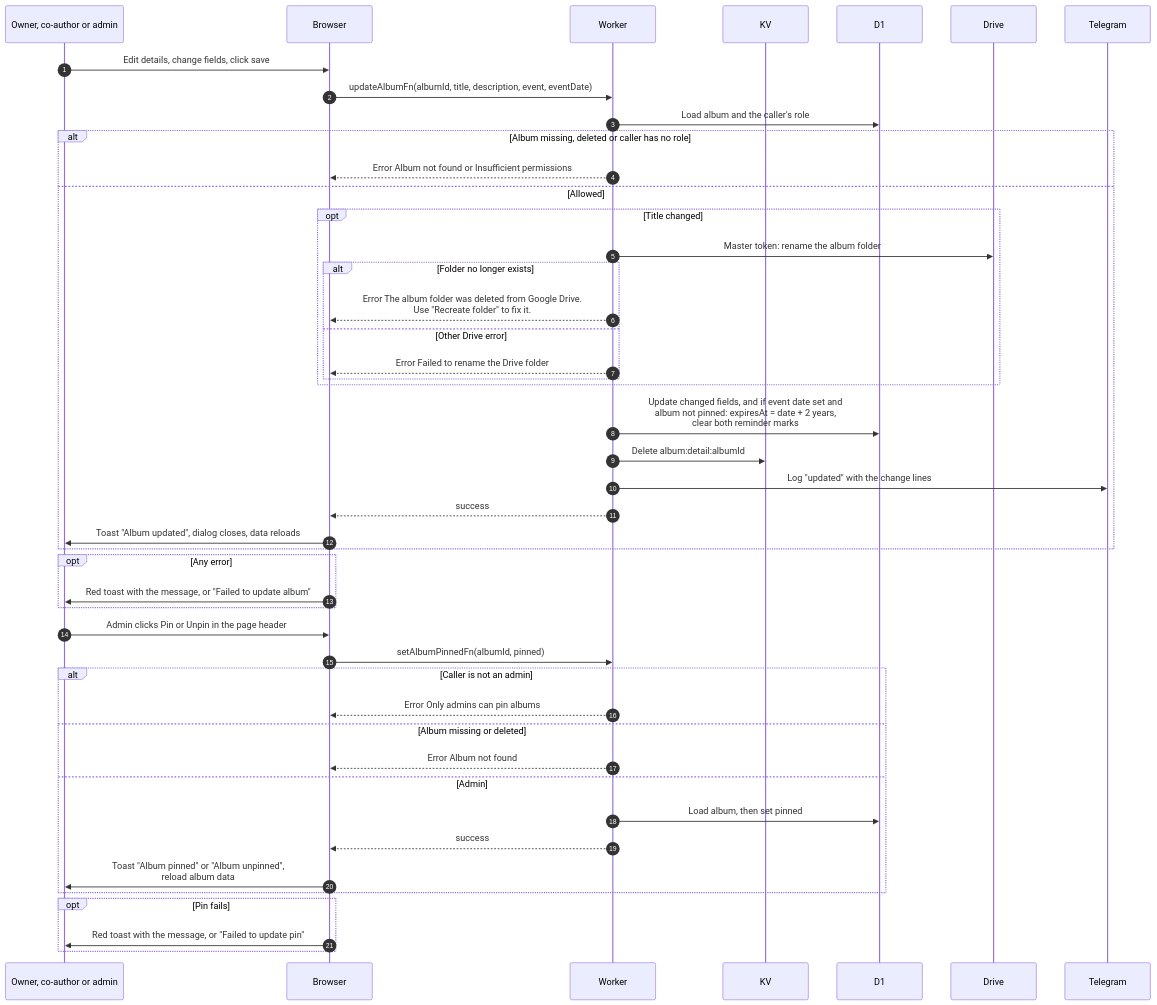
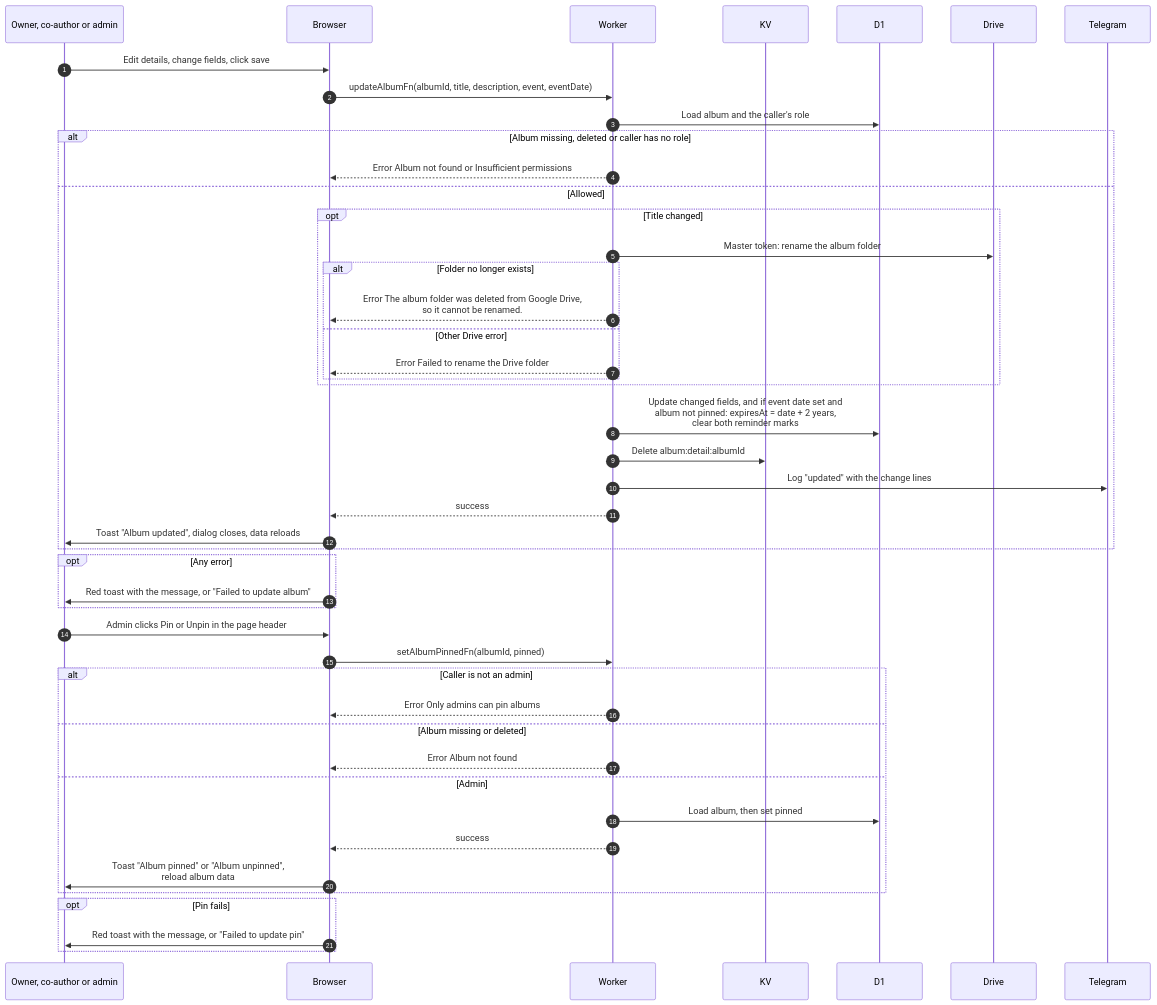
One commit to sagyzdop/meriksirat changed the diagram in docs/scenarios/albums/edit-album-and-pin.md. Above: the diagram before and after it, drawn with Mermaid. The commit also changed 27 other files, not shown here.

````diff
--- a/docs/scenarios/albums/edit-album-and-pin.md
+++ b/docs/scenarios/albums/edit-album-and-pin.md
@@ -15,48 +15,48 @@
 ```mermaid
 sequenceDiagram
     autonumber
     participant M as Owner, co-author or admin
     participant B as Browser
     participant W as Worker
     participant K as KV
     participant D as D1
     participant G as Drive
     participant T as Telegram
     M->>B: Edit details, change fields, click save
     B->>W: updateAlbumFn(albumId, title, description, event, eventDate)
     W->>D: Load album and the caller's role
     alt Album missing, deleted or caller has no role
         W-->>B: Error Album not found or Insufficient permissions
     else Allowed
         opt Title changed
             W->>G: Master token: rename the album folder
             alt Folder no longer exists
-                W-->>B: Error The album folder was deleted from Google Drive.<br/>Use "Recreate folder" to fix it.
+                W-->>B: Error The album folder was deleted from Google Drive,<br/>so it cannot be renamed.
             else Other Drive error
                 W-->>B: Error Failed to rename the Drive folder
             end
         end
         W->>D: Update changed fields, and if event date set and<br/>album not pinned: expiresAt = date + 2 years,<br/>clear both reminder marks
         W->>K: Delete album:detail:albumId
         W->>T: Log "updated" with the change lines
         W-->>B: success
         B->>M: Toast "Album updated", dialog closes, data reloads
     end
     opt Any error
         B->>M: Red toast with the message, or "Failed to update album"
     end
     M->>B: Admin clicks Pin or Unpin in the page header
     B->>W: setAlbumPinnedFn(albumId, pinned)
     alt Caller is not an admin
         W-->>B: Error Only admins can pin albums
     else Album missing or deleted
         W-->>B: Error Album not found
     else Admin
         W->>D: Load album, then set pinned
         W-->>B: success
         B->>M: Toast "Album pinned" or "Album unpinned",<br/>reload album data
     end
     opt Pin fails
         B->>M: Red toast with the message, or "Failed to update pin"
     end
 ```
````
